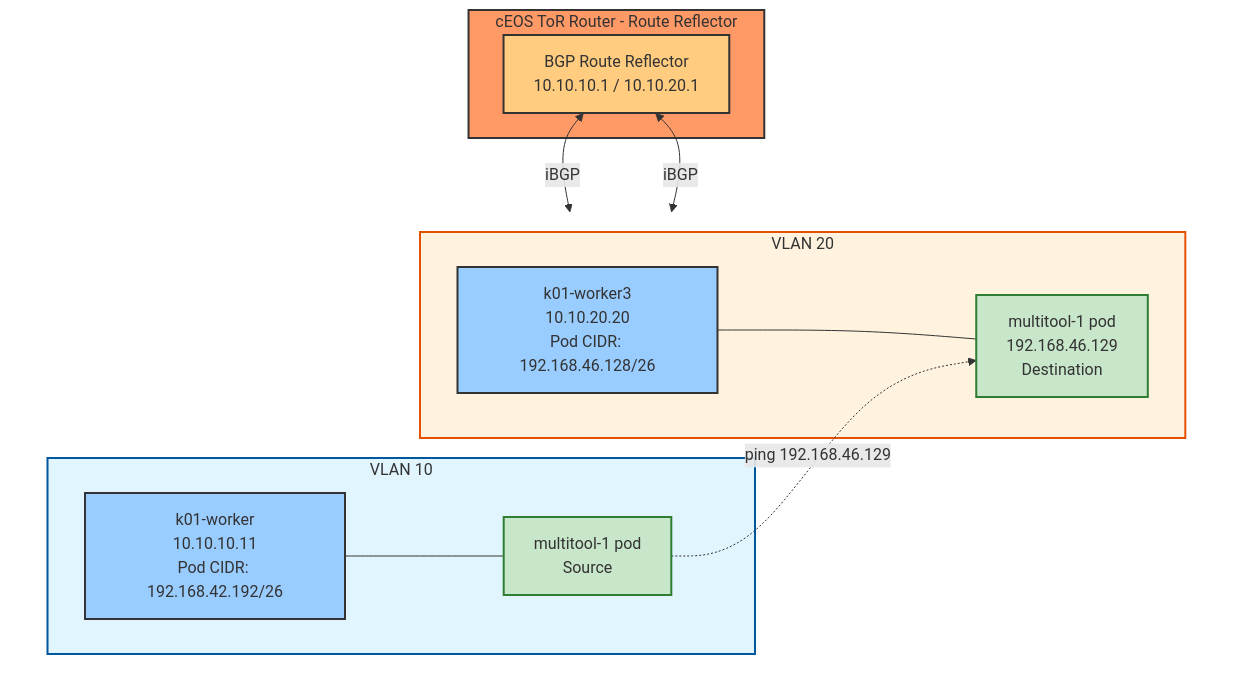
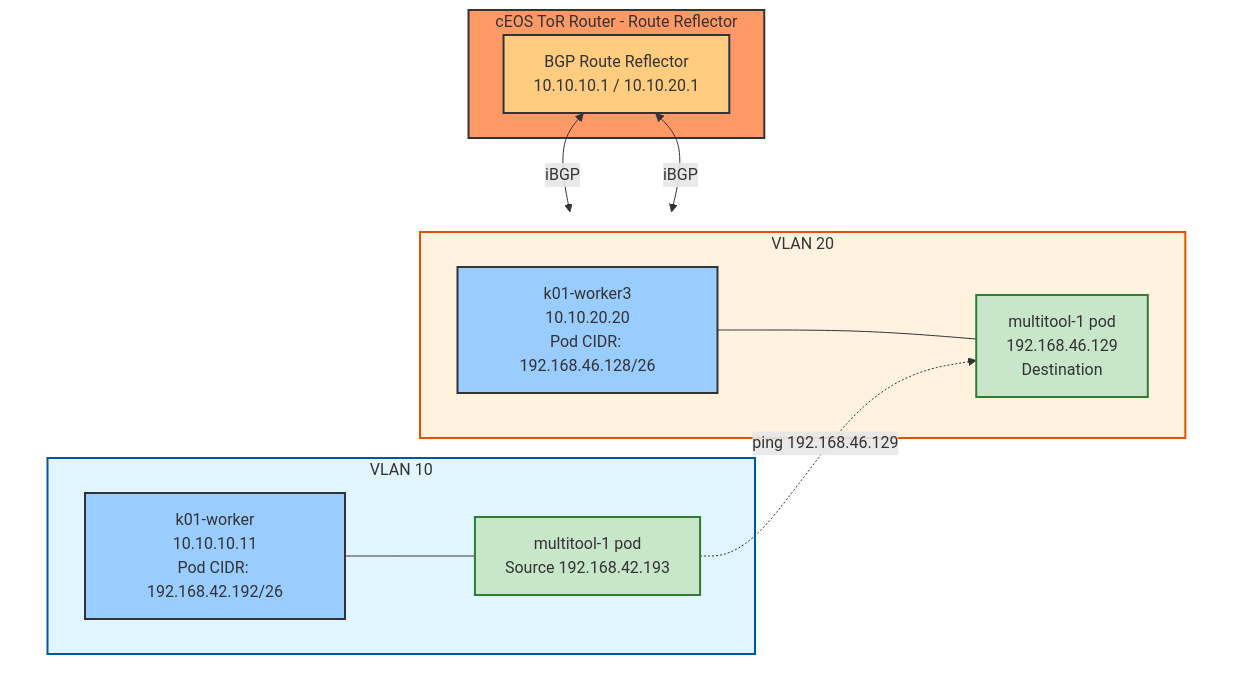
One commit to aadhilam/k8-networking-calico-containerlab changed the third of 4 diagrams in containerlab/10-calico-bgp-ippool/README.md. Above: the diagram before and after it, drawn with Mermaid. The commit also changed other lines of this file, not shown here.

Commit message:
Update README.md with additional commands and outputs for pod IP retrieval and connectivity tests

````diff
--- a/containerlab/10-calico-bgp-ippool/README.md
+++ b/containerlab/10-calico-bgp-ippool/README.md
@@ -621,35 +632,35 @@
 ```mermaid
 flowchart TD
   subgraph TOR["cEOS ToR Router - Route Reflector"]
     RR[BGP Route Reflector<br/>10.10.10.1 / 10.10.20.1]
   end
 
   subgraph Workers[" "]
     direction LR
     subgraph VLAN10["VLAN 10"]
       W1[k01-worker<br/>10.10.10.11<br/>Pod CIDR: 192.168.42.192/26]
-      POD1[multitool-1 pod<br/>Source]
+      POD1[multitool-1 pod<br/>Source 192.168.42.193]
     end
 
     subgraph VLAN20["VLAN 20"]
       W3[k01-worker3<br/>10.10.20.20<br/>Pod CIDR: 192.168.46.128/26]
       POD2[multitool-1 pod<br/>192.168.46.129<br/>Destination]
     end
   end
 
   RR <-->|iBGP| W1
   RR <-->|iBGP| W3
   W1 --- POD1
   W3 --- POD2
   POD1 -. "ping 192.168.46.129" .-> POD2
 
   style TOR fill:#f96,stroke:#333,stroke-width:2px
   style Workers fill:none,stroke:none
   style VLAN10 fill:#e1f5ff,stroke:#01579b,stroke-width:2px
   style VLAN20 fill:#fff3e0,stroke:#e65100,stroke-width:2px
   style POD1 fill:#c8e6c9,stroke:#2e7d32,stroke-width:2px
   style POD2 fill:#c8e6c9,stroke:#2e7d32,stroke-width:2px
   style W1 fill:#9cf,stroke:#333,stroke-width:2px
   style W3 fill:#9cf,stroke:#333,stroke-width:2px
   style RR fill:#ffcc80,stroke:#333,stroke-width:2px
 ```
````
